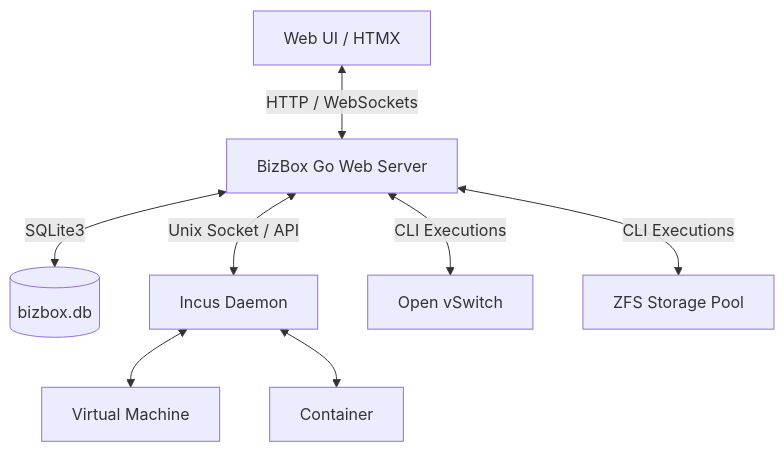
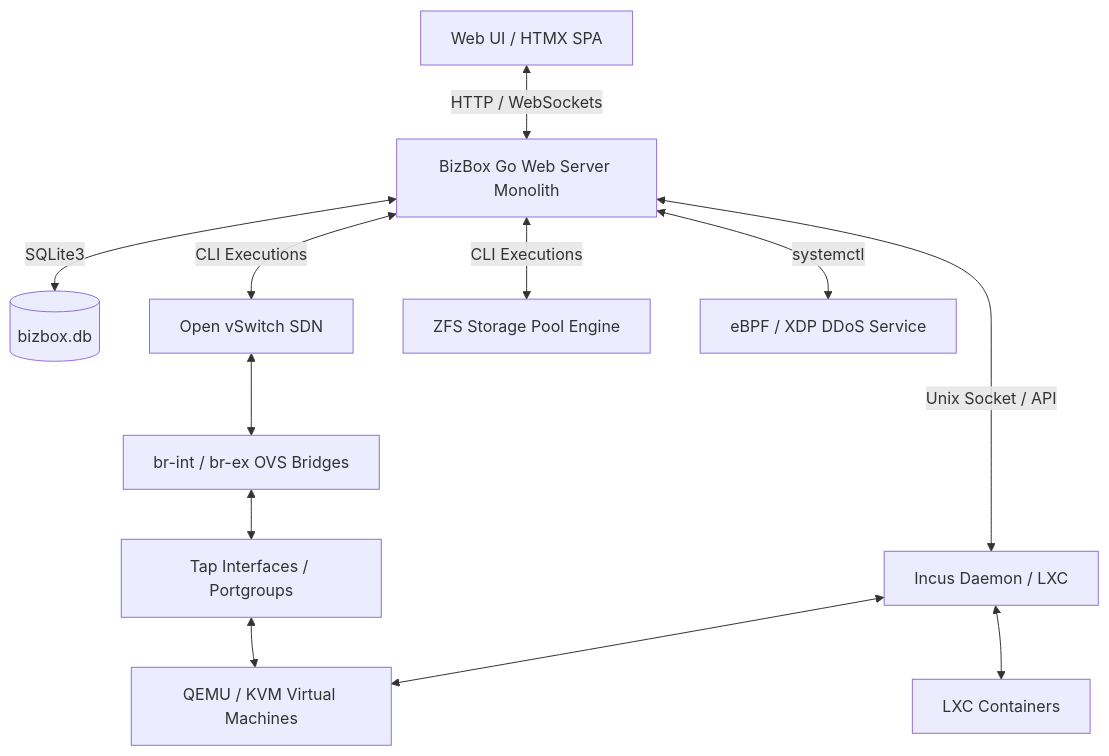
The diagram in BLUEPRINT.md (rifatsekerariot/bizboxvirtual), drawn with Mermaid before and after one commit. The commit also changed other lines of this file, not shown here.

Commit message:
docs: update BLUEPRINT.md with comprehensive technical design architecture & AI evaluation guidelines

````diff
--- a/BLUEPRINT.md
+++ b/BLUEPRINT.md
@@ -9,10 +9,14 @@
 ```mermaid
 graph TD
-    Client[Web UI / HTMX] <-->|HTTP / WebSockets| GoServer[BizBox Go Web Server]
+    Client[Web UI / HTMX SPA] <-->|HTTP / WebSockets| GoServer[BizBox Go Web Server Monolith]
     GoServer <-->|SQLite3| DB[(bizbox.db)]
-    GoServer <-->|Unix Socket / API| Incus[Incus Daemon]
-    GoServer <-->|CLI Executions| OVS[Open vSwitch]
-    GoServer <-->|CLI Executions| ZFS[ZFS Storage Pool]
-    Incus <--> VM1[Virtual Machine]
-    Incus <--> VM2[Container]
+    GoServer <-->|Unix Socket / API| Incus[Incus Daemon / LXC]
+    GoServer <-->|CLI Executions| OVS[Open vSwitch SDN]
+    GoServer <-->|CLI Executions| ZFS[ZFS Storage Pool Engine]
+    GoServer <-->|systemctl| XDP[eBPF / XDP DDoS Service]
+    Incus <--> VM1[QEMU / KVM Virtual Machines]
+    Incus <--> VM2[LXC Containers]
+    OVS <--> BrInt[br-int / br-ex OVS Bridges]
+    BrInt <--> Tap[Tap Interfaces / Portgroups]
+    Tap <--> VM1
 ```
````
